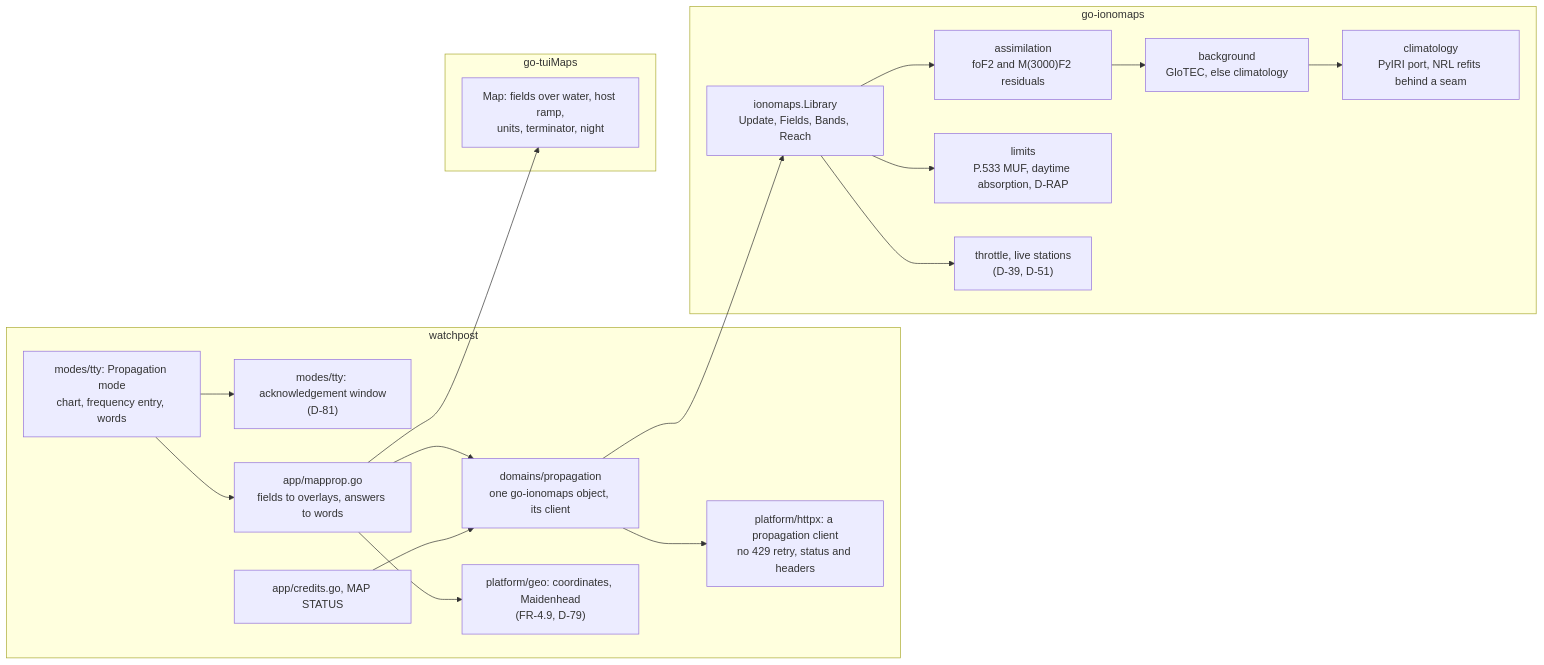
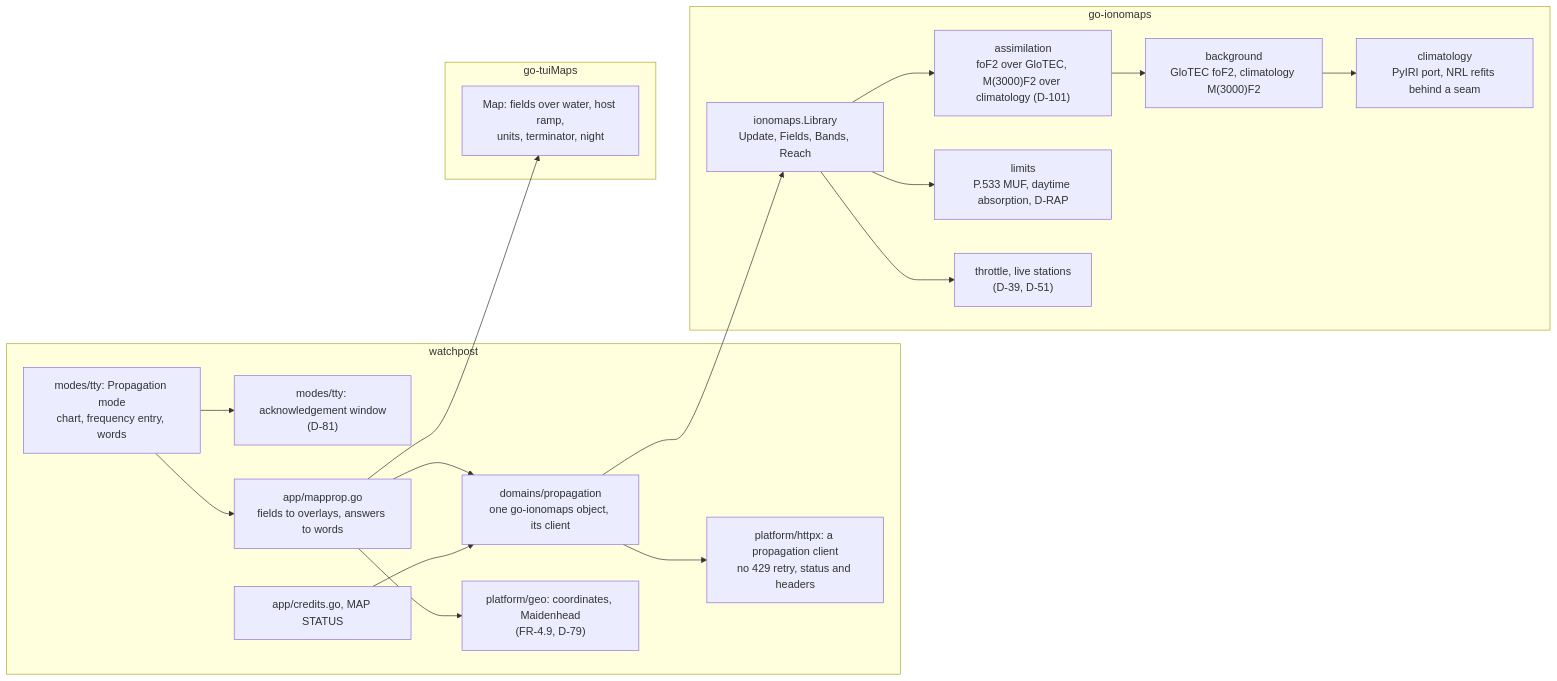
Before and after one commit to branden-thompson/watchpost: the first of 2 diagrams in 06_docs/02_features/propagation-overlays/03-architecture-design/architecture.md, drawn with Mermaid. The commit also changed other lines of this file and 4 other files, not shown here.

````diff
--- a/06_docs/02_features/propagation-overlays/03-architecture-design/architecture.md
+++ b/06_docs/02_features/propagation-overlays/03-architecture-design/architecture.md
@@ -30,35 +30,35 @@
 ```mermaid
 flowchart LR
   subgraph watchpost
     MODE["modes/tty: Propagation mode<br/>chart, frequency entry, words"]
     ACK["modes/tty: acknowledgement window<br/>(D-81)"]
     APP["app/mapprop.go<br/>fields to overlays, answers to words"]
     DOM["domains/propagation<br/>one go-ionomaps object, its client"]
     GEO["platform/geo: coordinates, Maidenhead<br/>(FR-4.9, D-79)"]
     HTTPX["platform/httpx: a propagation client<br/>no 429 retry, status and headers"]
     CRED["app/credits.go, MAP STATUS"]
   end
   subgraph go-ionomaps
     LIB["ionomaps.Library<br/>Update, Fields, Bands, Reach"]
-    ASSIM["assimilation<br/>foF2 and M(3000)F2 residuals"]
-    BG["background<br/>GloTEC, else climatology"]
+    ASSIM["assimilation<br/>foF2 over GloTEC, M(3000)F2 over climatology (D-101)"]
+    BG["background<br/>GloTEC foF2, climatology M(3000)F2"]
     CLIM["climatology<br/>PyIRI port, NRL refits behind a seam"]
     LIM["limits<br/>P.533 MUF, daytime absorption, D-RAP"]
     THR["throttle, live stations<br/>(D-39, D-51)"]
   end
   subgraph go-tuiMaps
     MAP["Map: fields over water, host ramp,<br/>units, terminator, night"]
   end
   MODE --> ACK
   MODE --> APP
   APP --> DOM
   APP --> MAP
   APP --> GEO
   DOM --> LIB
   DOM --> HTTPX
   LIB --> ASSIM --> BG
   BG --> CLIM
   LIB --> LIM
   LIB --> THR
   CRED --> DOM
 ```
````
